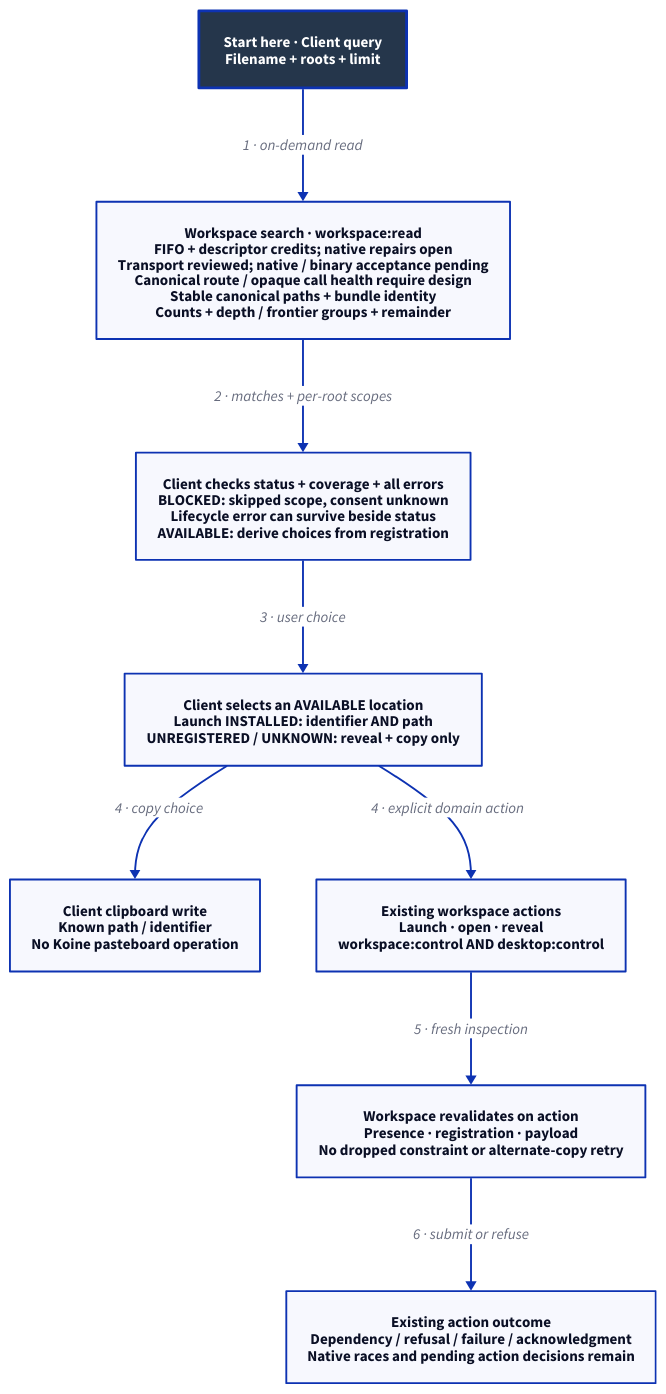
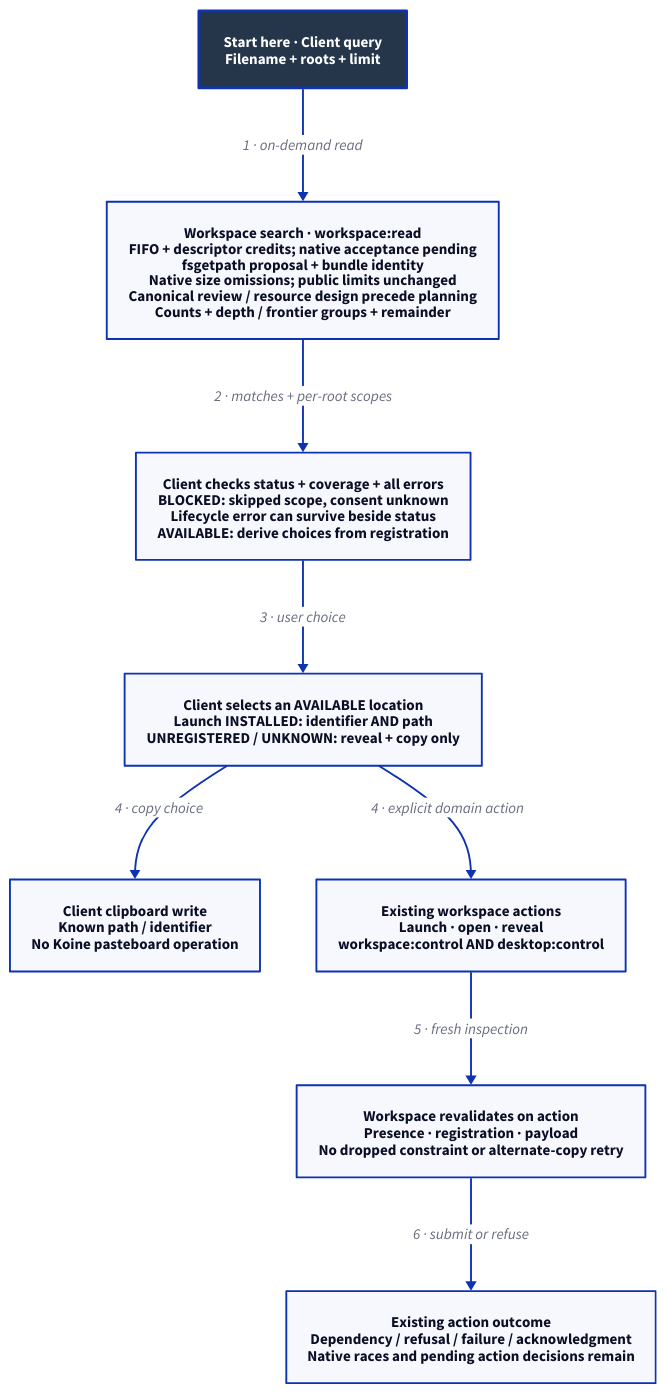
Before and after one commit to Linkuistics/Koine: the diagram in docs/design/architecture/search-handoff.d2, drawn with D2. The commit also changed 24 other files, not shown here.

Commit message:
search-canonical-paths-k108: specify lossless fsgetpath observations and native size subjects

```diff
--- a/docs/design/architecture/search-handoff.d2
+++ b/docs/design/architecture/search-handoff.d2
@@ -1,20 +1,20 @@
 # Designed component/data handoff. Source roles, not deployment containers.
 direction: down
 classes: {
   start: {style: {fill: "#25364B"; font-color: "#FFFFFF"; bold: true; stroke-width: 3}}
 }
 Start: "Start here · Client query\nFilename + roots + limit" {class: start}
-Search: "Workspace search · workspace:read\nFIFO + descriptor credits; native repairs open\nTransport reviewed; native / binary acceptance pending\nCanonical route / opaque call health require design\nStable canonical paths + bundle identity\nCounts + depth / frontier groups + remainder"
+Search: "Workspace search · workspace:read\nFIFO + descriptor credits; native acceptance pending\nfsgetpath proposal + bundle identity\nNative size omissions; public limits unchanged\nCanonical review / resource design precede planning\nCounts + depth / frontier groups + remainder"
 Choices: "Client checks status + coverage + all errors\nBLOCKED: skipped scope, consent unknown\nLifecycle error can survive beside status\nAVAILABLE: derive choices from registration"
 Selected: "Client selects an AVAILABLE location\nLaunch INSTALLED: identifier AND path\nUNREGISTERED / UNKNOWN: reveal + copy only"
 Clipboard: "Client clipboard write\nKnown path / identifier\nNo Koine pasteboard operation"
 Action: "Existing workspace actions\nLaunch · open · reveal\nworkspace:control AND desktop:control"
 Revalidate: "Workspace revalidates on action\nPresence · registration · payload\nNo dropped constraint or alternate-copy retry"
 Outcome: "Existing action outcome\nDependency / refusal / failure / acknowledgment\nNative races and pending action decisions remain"
 Start -> Search: "1 · on-demand read"
 Search -> Choices: "2 · matches + per-root scopes"
 Choices -> Selected: "3 · user choice"
 Selected -> Clipboard: "4 · copy choice"
 Selected -> Action: "4 · explicit domain action"
 Action -> Revalidate: "5 · fresh inspection"
 Revalidate -> Outcome: "6 · submit or refuse"
```
